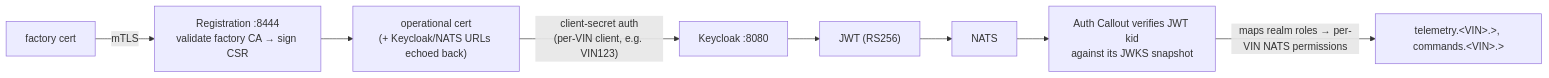
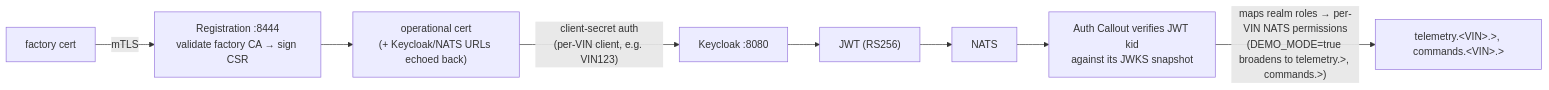
One commit to Atri10/nexus-sdv changed the fourth of 5 diagrams in local-dev/ARCHITECTURE.md. Above: the diagram before and after it, drawn with Mermaid. The commit also changed other lines of this file and 1 other file, not shown here.

Commit message:
docs: VIN switching (commands.> wildcard, DEMO_MODE perms) + per-wheel PM

````diff
--- a/local-dev/ARCHITECTURE.md
+++ b/local-dev/ARCHITECTURE.md
@@ -104,10 +104,10 @@
 ```mermaid
 flowchart LR
   FC["factory cert"] -->|"mTLS"| REG["Registration :8444<br/>validate factory CA → sign CSR"]
   REG --> OC["operational cert<br/>(+ Keycloak/NATS URLs echoed back)"]
   OC -->|"client-secret auth<br/>(per-VIN client, e.g. VIN123)"| KC["Keycloak :8080"]
   KC --> JWT["JWT (RS256)"]
   JWT --> N["NATS"]
   N --> AC["Auth Callout verifies JWT kid<br/>against its JWKS snapshot"]
-  AC -->|"maps realm roles → per-VIN NATS permissions"| PERM["telemetry.&lt;VIN&gt;.>, commands.&lt;VIN&gt;.>"]
+  AC -->|"maps realm roles → per-VIN NATS permissions<br/>(DEMO_MODE=true broadens to telemetry.>, commands.>)"| PERM["telemetry.&lt;VIN&gt;.>, commands.&lt;VIN&gt;.>"]
 ```
````
